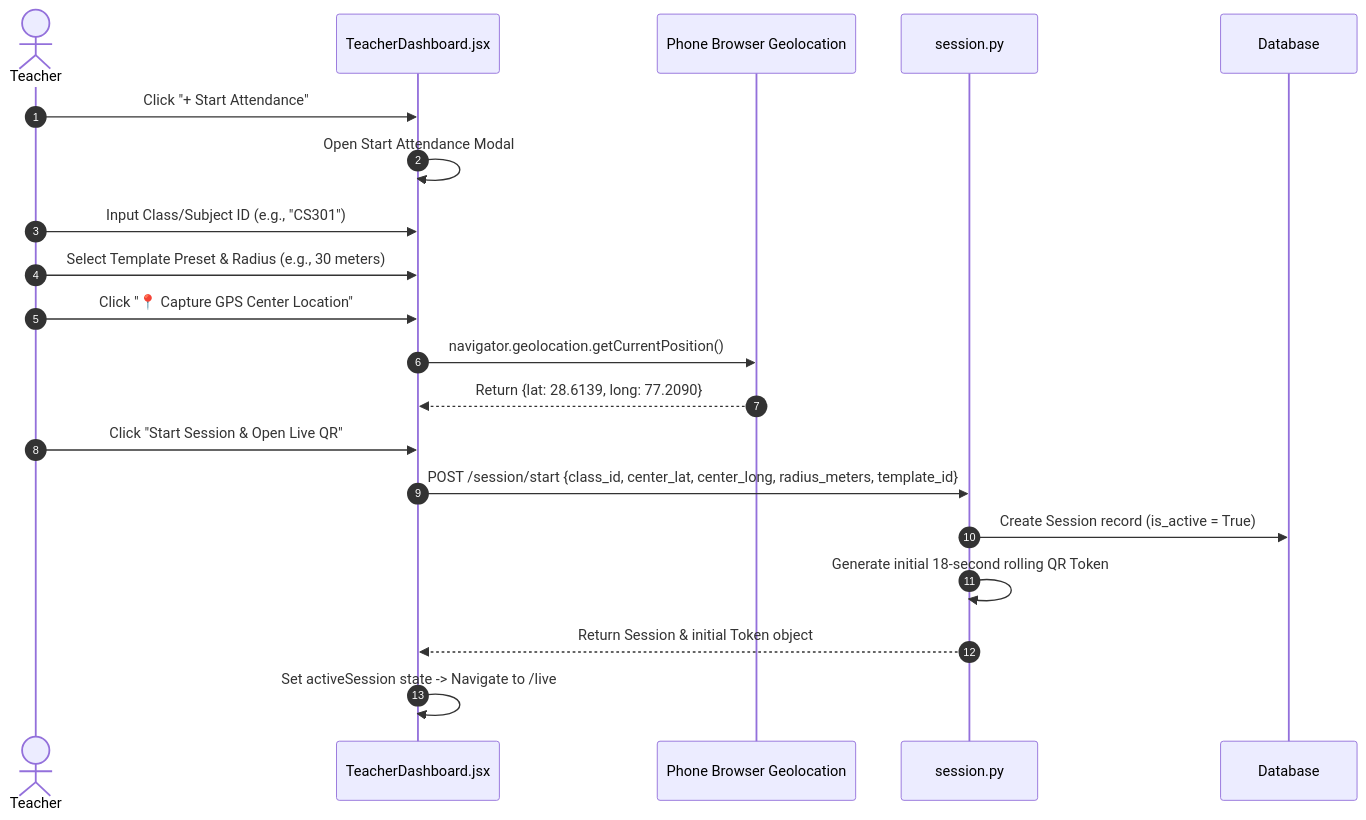
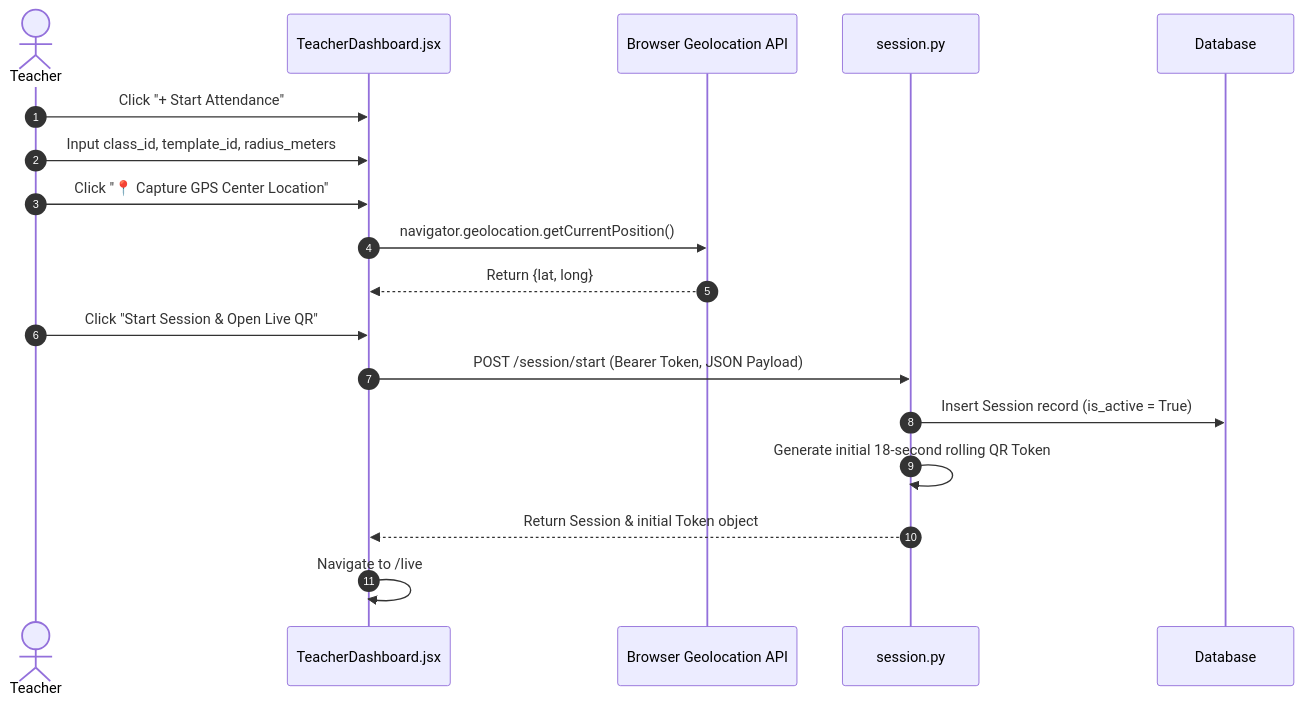
One commit to Arjunpurwar2005/qr-code-generator changed the second of 4 diagrams in WIRE_FRAMES_AND_USER_FLOW.md. Above: the diagram before and after it, drawn with Mermaid. The commit also changed other lines of this file, not shown here.

Commit message:
Refactor WIRE_FRAMES_AND_USER_FLOW.md to follow 14-section UX specification format with strict separation of User and Technical flows

````diff
--- a/WIRE_FRAMES_AND_USER_FLOW.md
+++ b/WIRE_FRAMES_AND_USER_FLOW.md
@@ -490,23 +668,21 @@
 ```mermaid
 sequenceDiagram
     autonumber
     actor Teacher
     participant FE as TeacherDashboard.jsx
-    participant GPS as Phone Browser Geolocation
+    participant GPS as Browser Geolocation API
     participant BE as session.py
     participant DB as Database
 
     Teacher->>FE: Click "+ Start Attendance"
-    FE->>FE: Open Start Attendance Modal
-    Teacher->>FE: Input Class/Subject ID (e.g., "CS301")
-    Teacher->>FE: Select Template Preset & Radius (e.g., 30 meters)
+    Teacher->>FE: Input class_id, template_id, radius_meters
     Teacher->>FE: Click "📍 Capture GPS Center Location"
     FE->>GPS: navigator.geolocation.getCurrentPosition()
-    GPS-->>FE: Return {lat: 28.6139, long: 77.2090}
+    GPS-->>FE: Return {lat, long}
     Teacher->>FE: Click "Start Session & Open Live QR"
-    FE->>BE: POST /session/start {class_id, center_lat, center_long, radius_meters, template_id}
-    BE->>DB: Create Session record (is_active = True)
+    FE->>BE: POST /session/start (Bearer Token, JSON Payload)
+    BE->>DB: Insert Session record (is_active = True)
     BE->>BE: Generate initial 18-second rolling QR Token
     BE-->>FE: Return Session & initial Token object
-    FE->>FE: Set activeSession state -> Navigate to /live
+    FE->>FE: Navigate to /live
 ```
````
